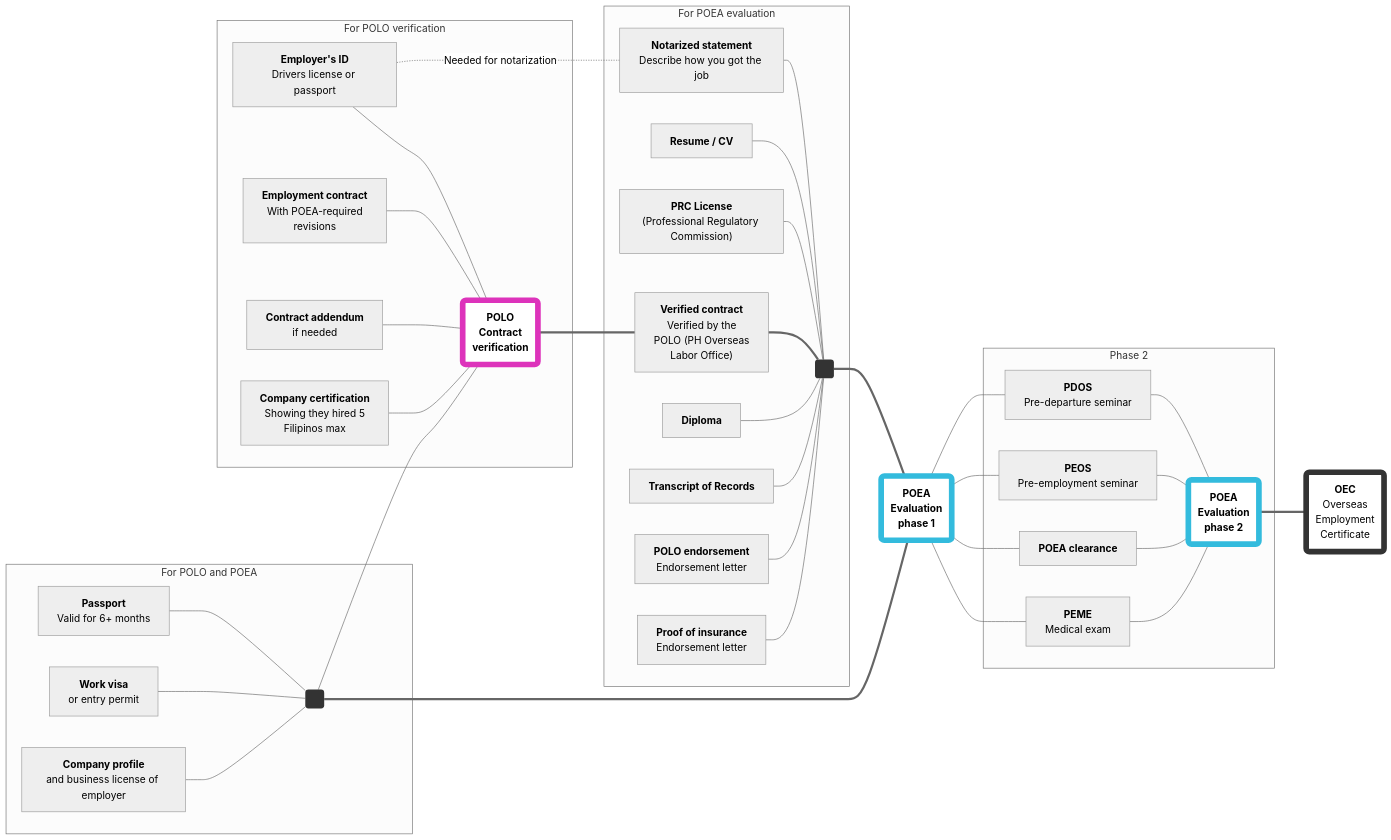
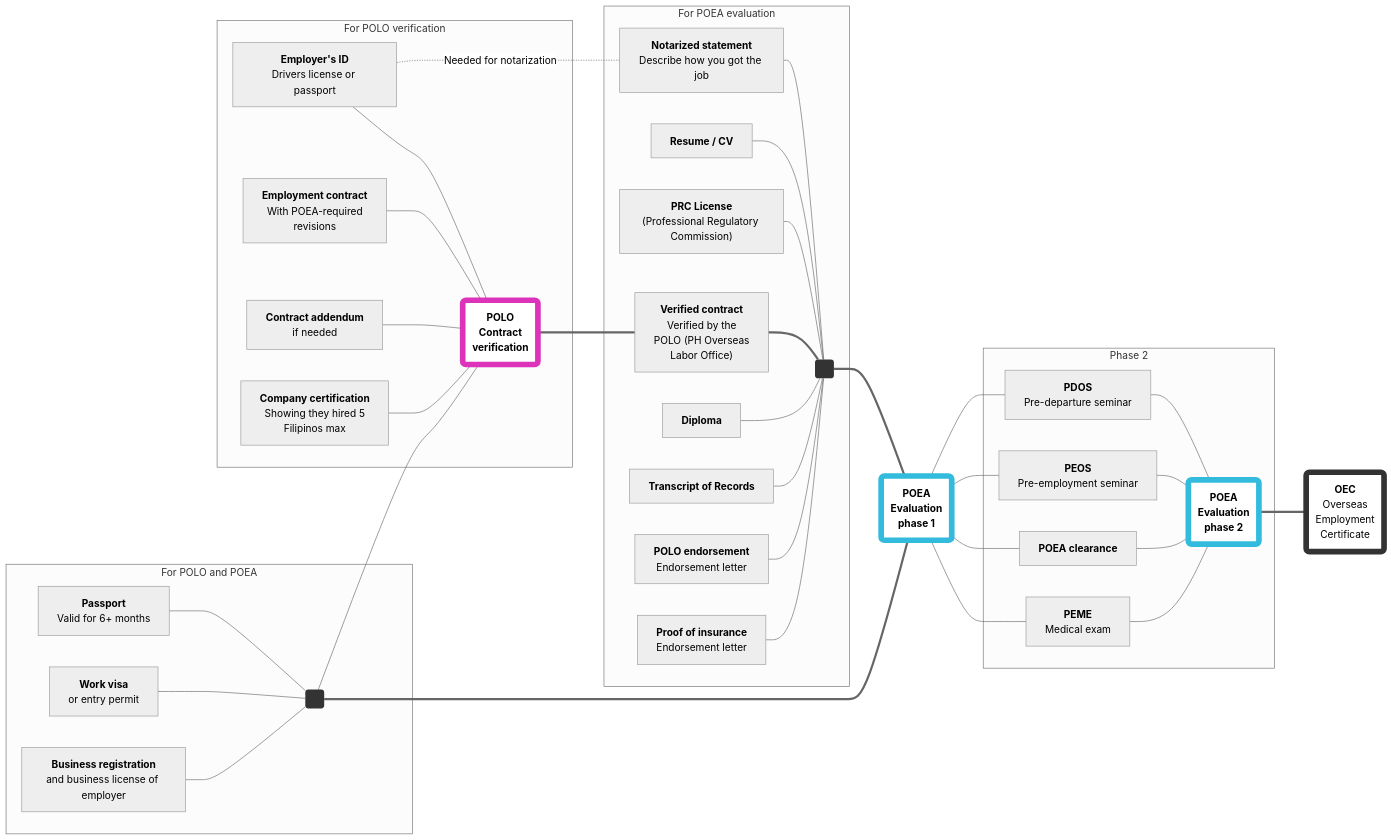
The diagram in docs/requirements_overview.md (rstacruz/oec-guide), drawn with Mermaid (neutral theme) before and after one commit. The commit also changed other lines of this file and 11 other files, not shown here.

```diff
--- a/docs/requirements_overview.md
+++ b/docs/requirements_overview.md
@@ -85,7 +97,7 @@
 
 DIPLOMA["<b>Diploma</b>"]
 TRANSCRIPT["<b>Transcript of Records</b>"]
-PROFILE["<b>Company profile</b><br>and business license of employer"]
+PROFILE["<b>Business registration</b><br>and business license of employer"]
 
 OEC === EVAL2
 
```
